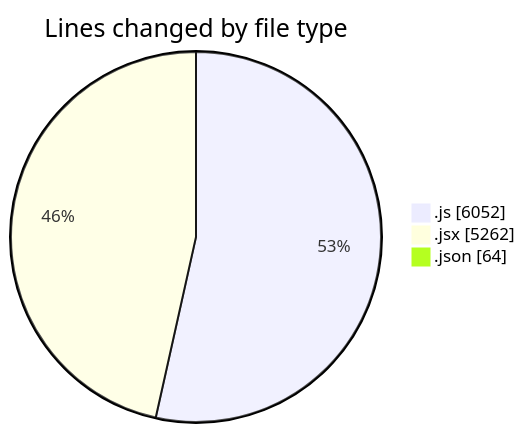
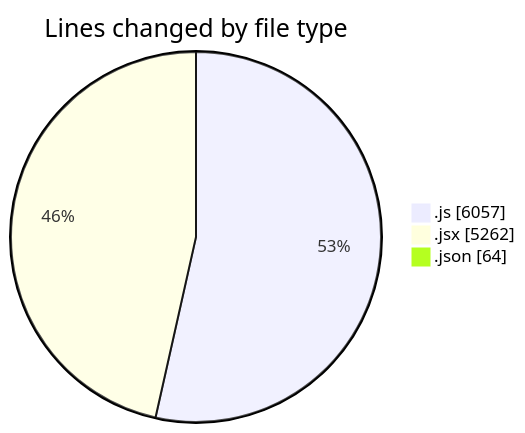
The first of 2 diagrams in 2025-08-07/nxtqube_webapp/README.md (nxtqubesakshisongat/code-tracking), drawn with Mermaid before and after one commit. The commit also changed other lines of this file and 1 other file, not shown here.

````diff
--- a/2025-08-07/nxtqube_webapp/README.md
+++ b/2025-08-07/nxtqube_webapp/README.md
@@ -25,7 +25,7 @@
 ```mermaid
 pie showData
 title Lines changed by file type
-".js" : 6052
+".js" : 6057
 ".jsx" : 5262
 ".json" : 64
 ```
````
